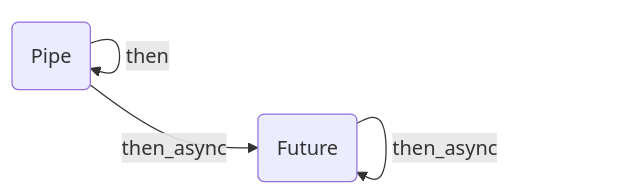
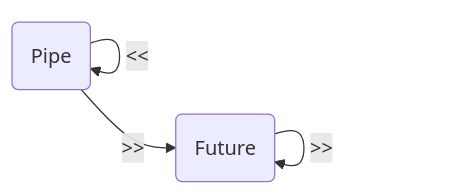
The diagram in README.md (katunilya/fundom), drawn with Mermaid before and after one commit. The commit also changed other lines of this file, not shown here.

Commit message:
Fix `pipe` and `future` in `README.md` (#75)

````diff
--- a/README.md
+++ b/README.md
@@ -111,10 +85,10 @@
 ```mermaid
 graph LR;
   pipe(Pipe)
   future(Future)
 
-  pipe --then--> pipe
-  pipe --then_async--> future
-  future --then--> future
-  future --then_async--> future
+  pipe --"<<"--> pipe
+  pipe --">>"--> future
+  future --"<<"--> future
+  future --">>"--> future
 ```
````
